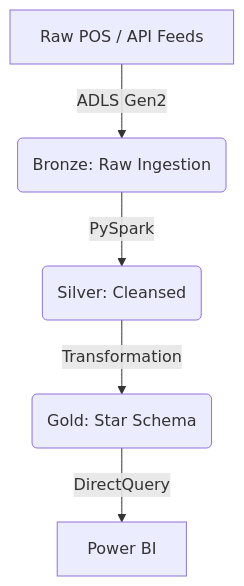
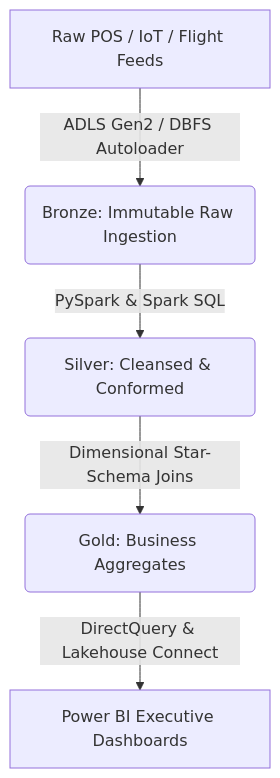
One commit to flphala-cyber/Databricks-End-to-End-Real-World-Data-Project changed the diagram in README.md. Above: the diagram before and after it, drawn with Mermaid. The commit also changed other lines of this file, not shown here.

````diff
--- a/README.md
+++ b/README.md
@@ -21,7 +26,7 @@
 ```mermaid
 graph TD
-    A[Raw POS / API Feeds] -->|ADLS Gen2| B(Bronze: Raw Ingestion)
-    B -->|PySpark| C(Silver: Cleansed)
-    C -->|Transformation| D(Gold: Star Schema)
-    D -->|DirectQuery| E[Power BI]
+    A[Raw POS / IoT / Flight Feeds] -->|ADLS Gen2 / DBFS Autoloader| B(Bronze: Immutable Raw Ingestion)
+    B -->|PySpark & Spark SQL| C(Silver: Cleansed & Conformed)
+    C -->|Dimensional Star-Schema Joins| D(Gold: Business Aggregates)
+    D -->|DirectQuery & Lakehouse Connect| E[Power BI Executive Dashboards]
 ```
````
